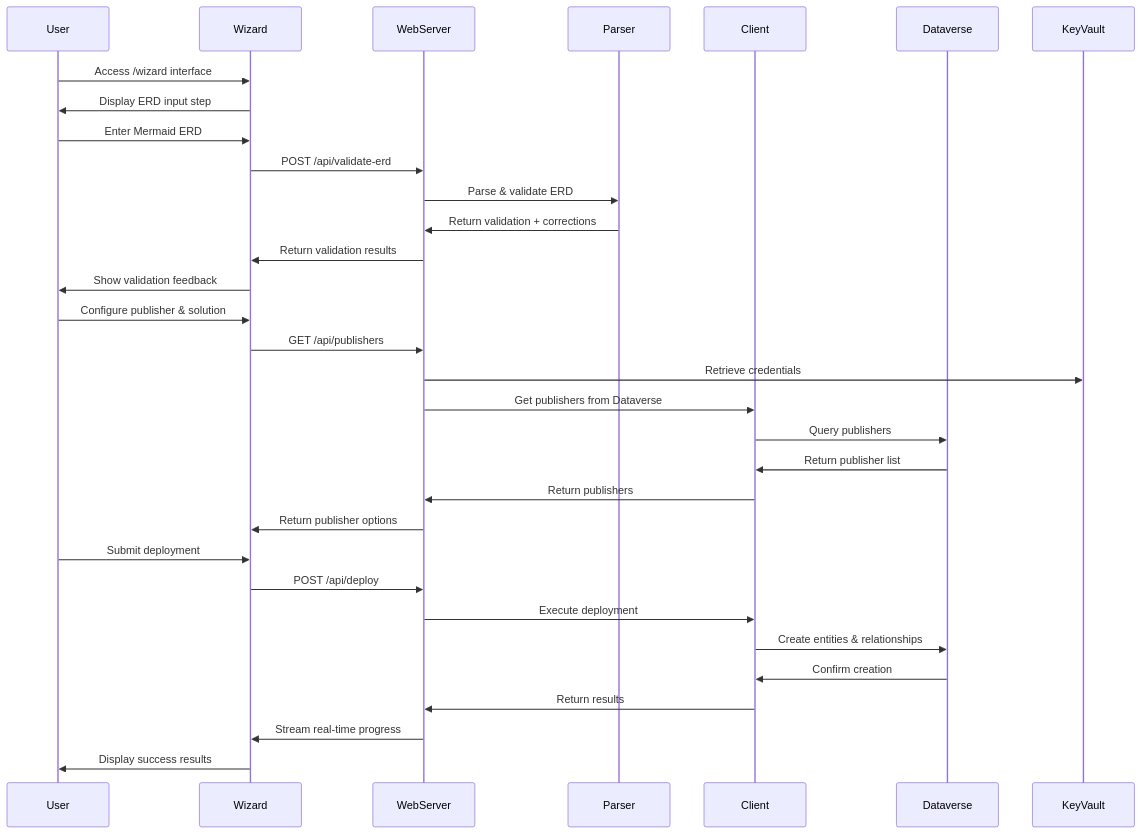
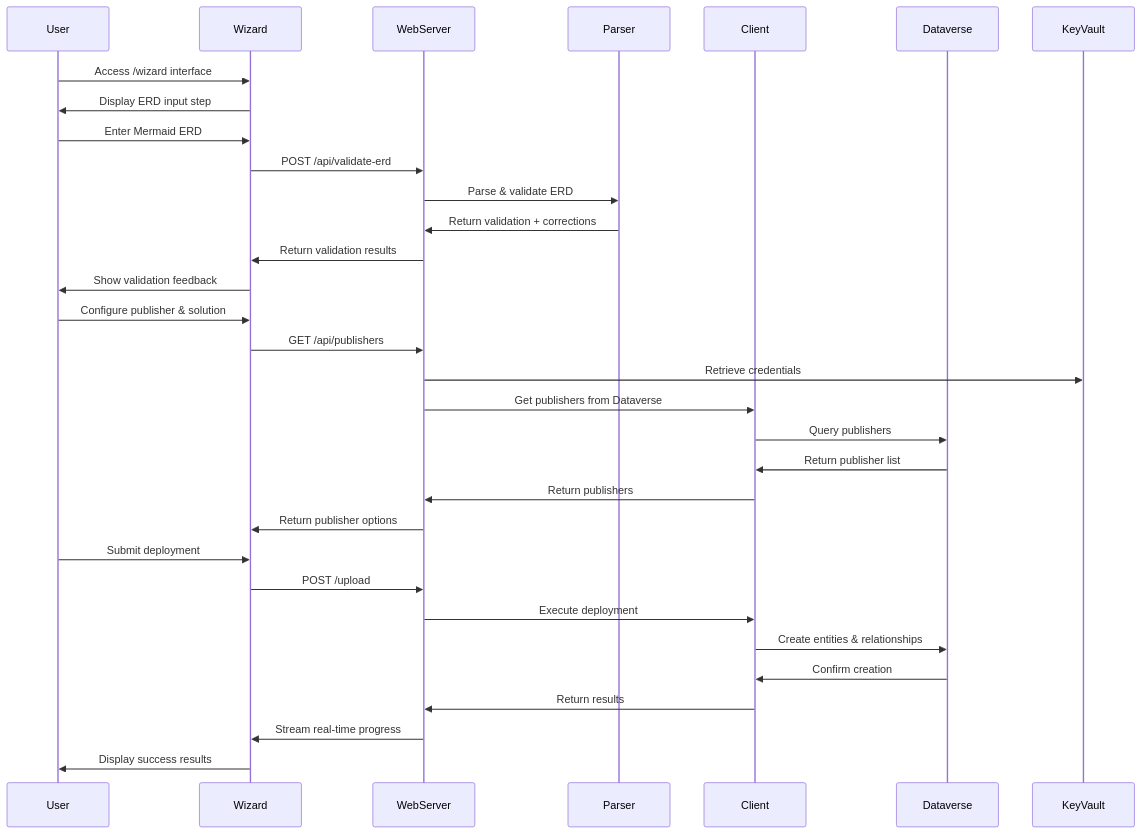
Before and after one commit to LuiseFreese/mermaid: the third of 4 diagrams in docs/ARCHITECTURE.md, drawn with Mermaid. The commit also changed other lines of this file and 24 other files, not shown here.

````diff
--- a/docs/ARCHITECTURE.md
+++ b/docs/ARCHITECTURE.md
@@ -317,37 +308,37 @@
 ```mermaid
 sequenceDiagram
     participant User
     participant Wizard
     participant WebServer
     participant Parser
     participant Client
     participant Dataverse
     participant KeyVault
 
     User->>Wizard: Access /wizard interface
     Wizard->>User: Display ERD input step
     User->>Wizard: Enter Mermaid ERD
     Wizard->>WebServer: POST /api/validate-erd
     WebServer->>Parser: Parse & validate ERD
     Parser->>WebServer: Return validation + corrections
     WebServer->>Wizard: Return validation results
     Wizard->>User: Show validation feedback
     
     User->>Wizard: Configure publisher & solution
     Wizard->>WebServer: GET /api/publishers
     WebServer->>KeyVault: Retrieve credentials
     WebServer->>Client: Get publishers from Dataverse
     Client->>Dataverse: Query publishers
     Dataverse->>Client: Return publisher list
     Client->>WebServer: Return publishers
     WebServer->>Wizard: Return publisher options
     
     User->>Wizard: Submit deployment
-    Wizard->>WebServer: POST /api/deploy
+    Wizard->>WebServer: POST /upload
     WebServer->>Client: Execute deployment
     Client->>Dataverse: Create entities & relationships
     Dataverse->>Client: Confirm creation
     Client->>WebServer: Return results
     WebServer->>Wizard: Stream real-time progress
     Wizard->>User: Display success results
 ```
````
